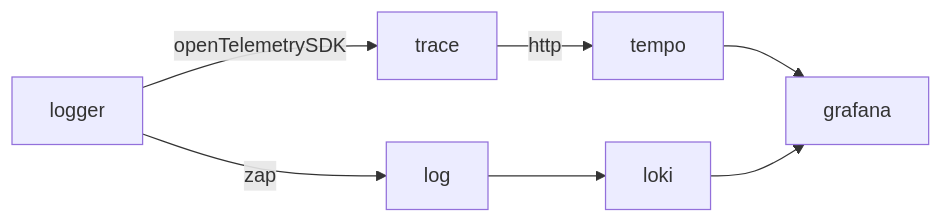
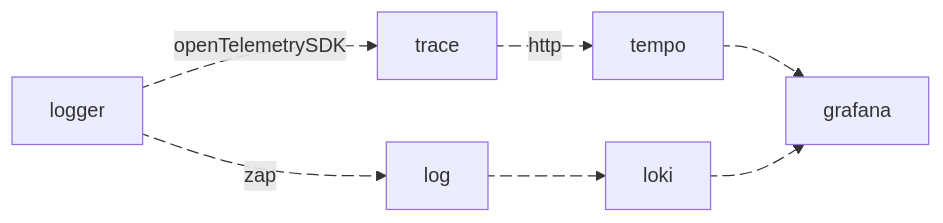
The diagram in README.md (itmisx/logx), drawn with Mermaid before and after one commit.

````diff
--- a/README.md
+++ b/README.md
@@ -9,12 +9,18 @@
 ```mermaid
 flowchart LR
-logger -- openTelemetrySDK --> trace
-trace -- http --> tempo
+logger  e1@-- openTelemetrySDK --> trace
+e1@{ animate: true }
+trace e2@-- http --> tempo
+e2@{ animate: true }
 
-logger -- zap --> log
-log-->loki
+logger e3@-- zap --> log
+e3@{ animate: true }
+log e4@-->loki
+e4@{ animate: true }
 
-tempo-->grafana
-loki-->grafana
+tempo e5@-->grafana
+e5@{ animate: true }
+loki e6@-->grafana
+e6@{ animate: true }
 
 ```
````
